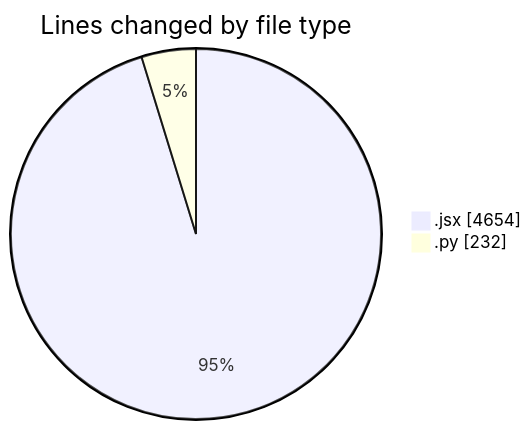
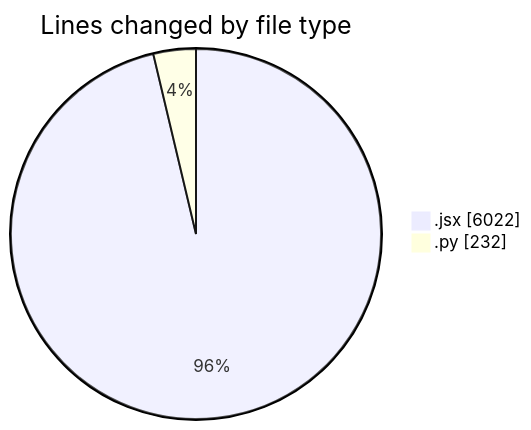
Before and after one commit to nxtqubesakshisongat/code-tracking: the first of 2 diagrams in 2025-05-20/nxtqube_webapp/README.md, drawn with Mermaid. The commit also changed other lines of this file and 1 other file, not shown here.

````diff
--- a/2025-05-20/nxtqube_webapp/README.md
+++ b/2025-05-20/nxtqube_webapp/README.md
@@ -23,6 +23,6 @@
 ```mermaid
 pie showData
 title Lines changed by file type
-".jsx" : 4654
+".jsx" : 6022
 ".py" : 232
 ```
````
